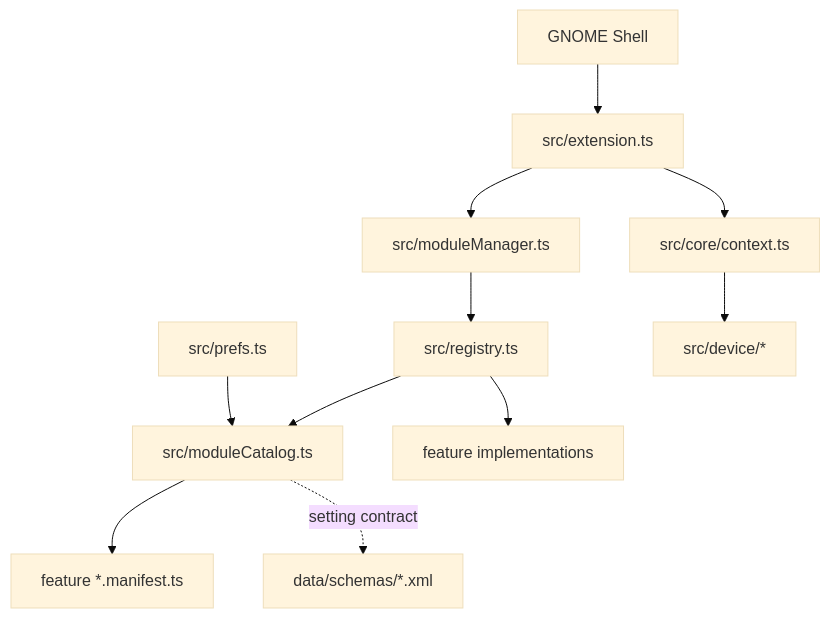
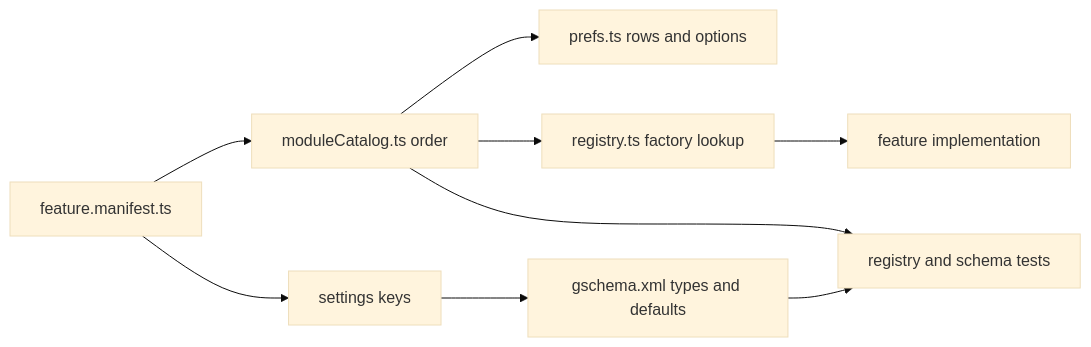
One commit to luminusOS/aurora-shell changed the third of 4 diagrams in docs/architecture.md. Above: the diagram before and after it, drawn with Mermaid (base theme). The commit also changed other lines of this file and 12 other files, not shown here.

````diff
--- a/docs/architecture.md
+++ b/docs/architecture.md
@@ -9,13 +113,11 @@
 ```mermaid
-flowchart TD
-  Shell[GNOME Shell] --> Extension[src/extension.ts]
-  Extension --> Manager[src/moduleManager.ts]
-  Extension --> Context[src/core/context.ts]
-  Manager --> Registry[src/registry.ts]
-  Registry --> Catalog[src/moduleCatalog.ts]
-  Catalog --> Manifests[feature *.manifest.ts]
-  Registry --> Modules[feature implementations]
-  Prefs[src/prefs.ts] --> Catalog
-  Context --> Device[src/device/*]
-  Catalog -. setting contract .-> Schema[data/schemas/*.xml]
+flowchart LR
+  M[feature.manifest.ts] --> C[moduleCatalog.ts order]
+  C --> P[prefs.ts rows and options]
+  C --> R[registry.ts factory lookup]
+  M --> K[settings keys]
+  K --> G[gschema.xml types and defaults]
+  R --> I[feature implementation]
+  C --> T[registry and schema tests]
+  G --> T
 ```
````
